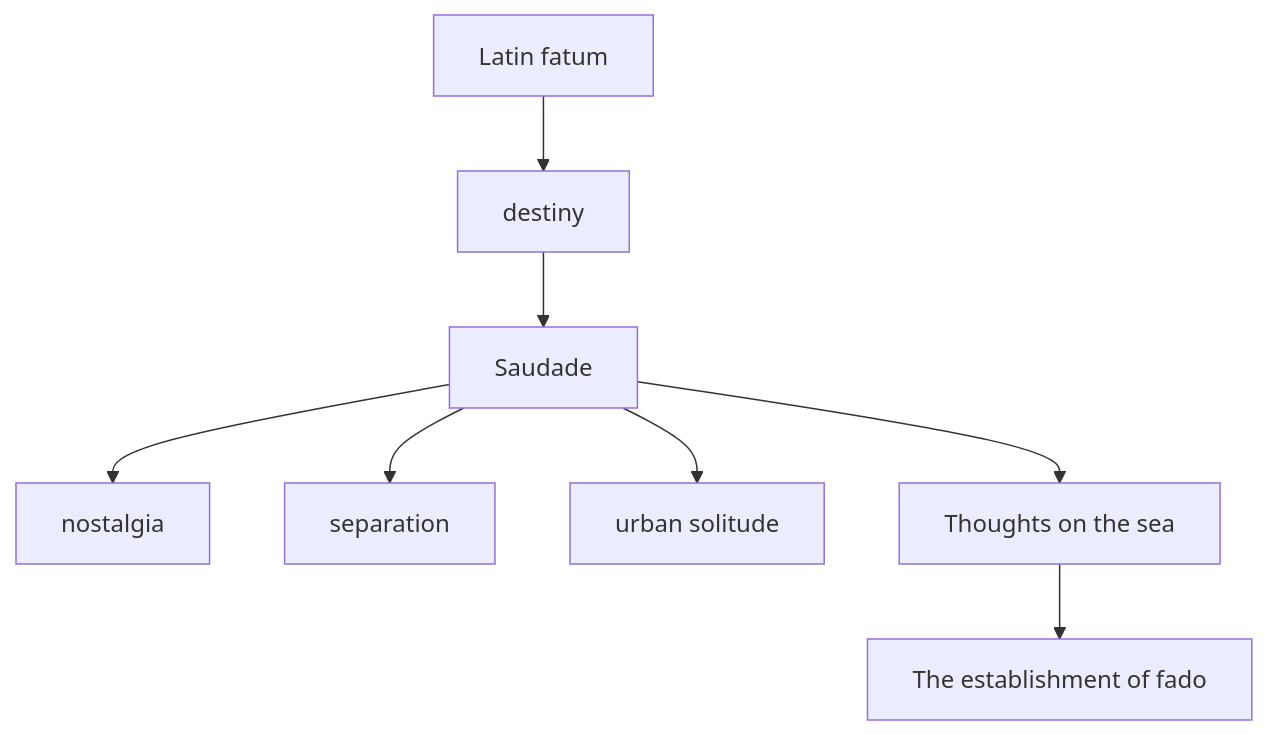
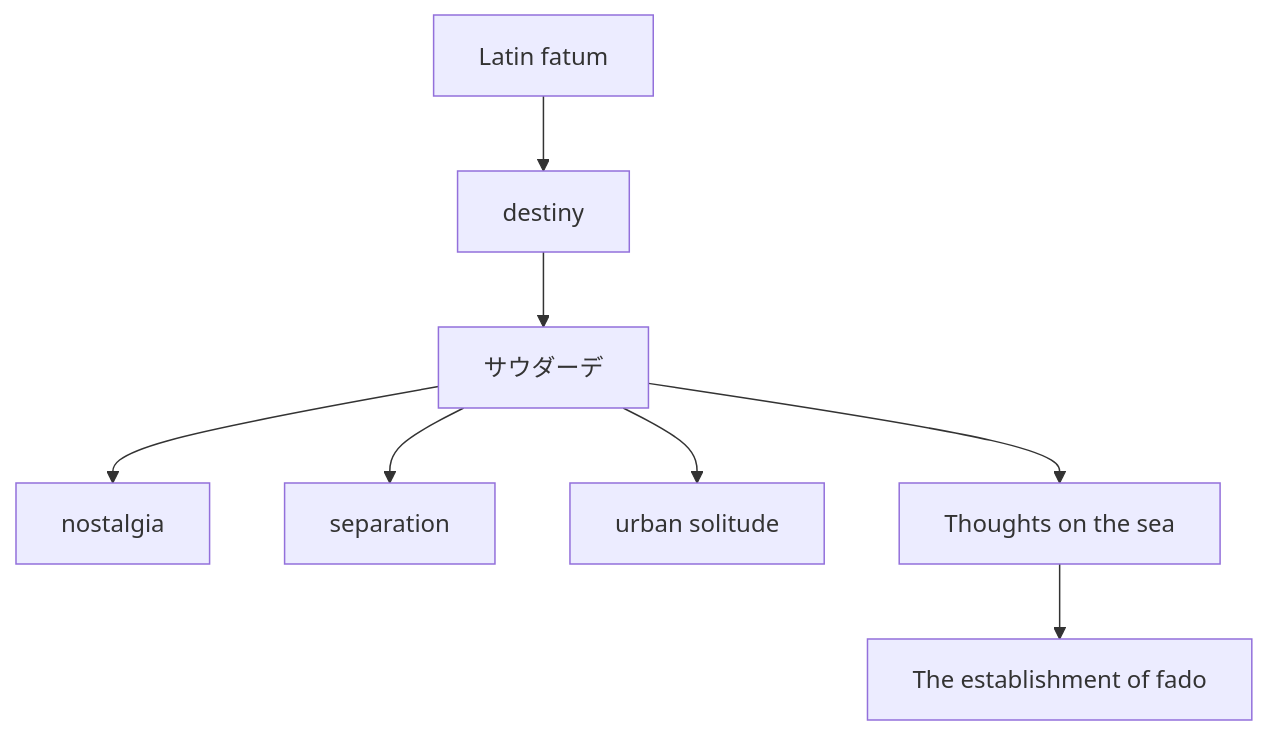
The first of 12 diagrams in en/_posts/2026-05-16-column-fado.md (monumental-movement/monumental-movement.github.io), drawn with Mermaid before and after one commit. The commit also changed other lines of this file and 1012 other files, not shown here.

```diff
--- a/en/_posts/2026-05-16-column-fado.md
+++ b/en/_posts/2026-05-16-column-fado.md
@@ -58,10 +57,10 @@
 <div class="mermaid">
 graph TD
 A[Latin fatum] --> B[destiny]
-B --> C[Saudade]
+B --> C[サウダーデ]
 C --> D[nostalgia]
 C --> E[separation]
 C --> F[urban solitude]
 C --> G[Thoughts on the sea]
 G --> H[The establishment of fado]
 </div>
```
